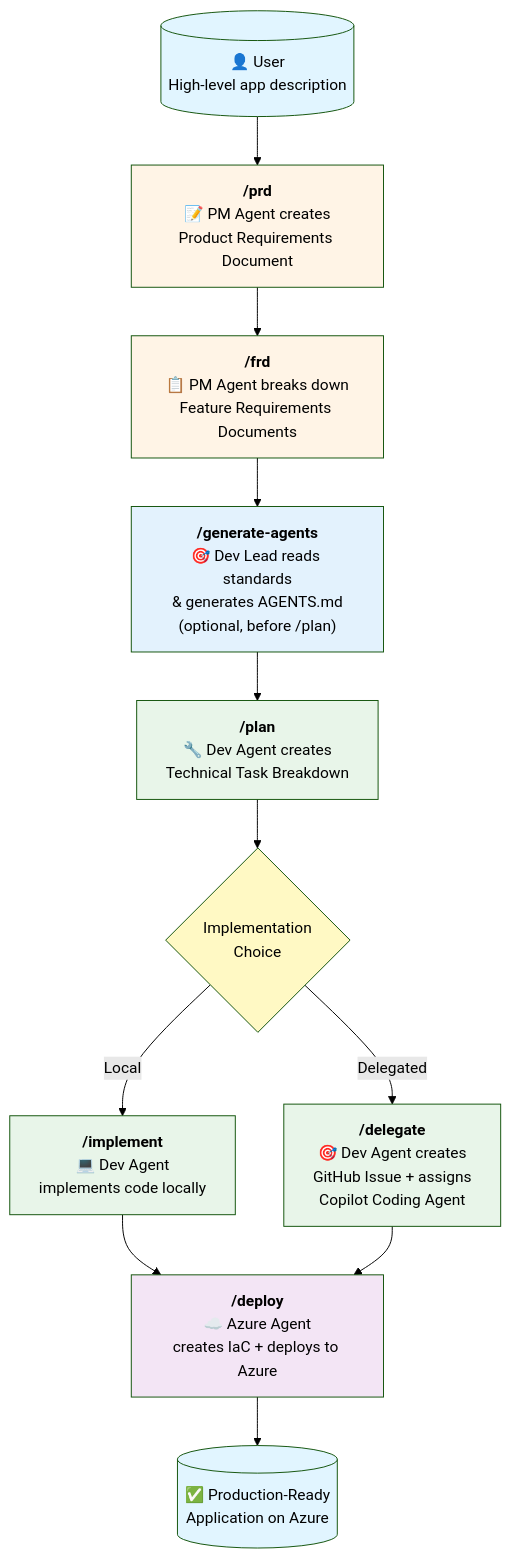
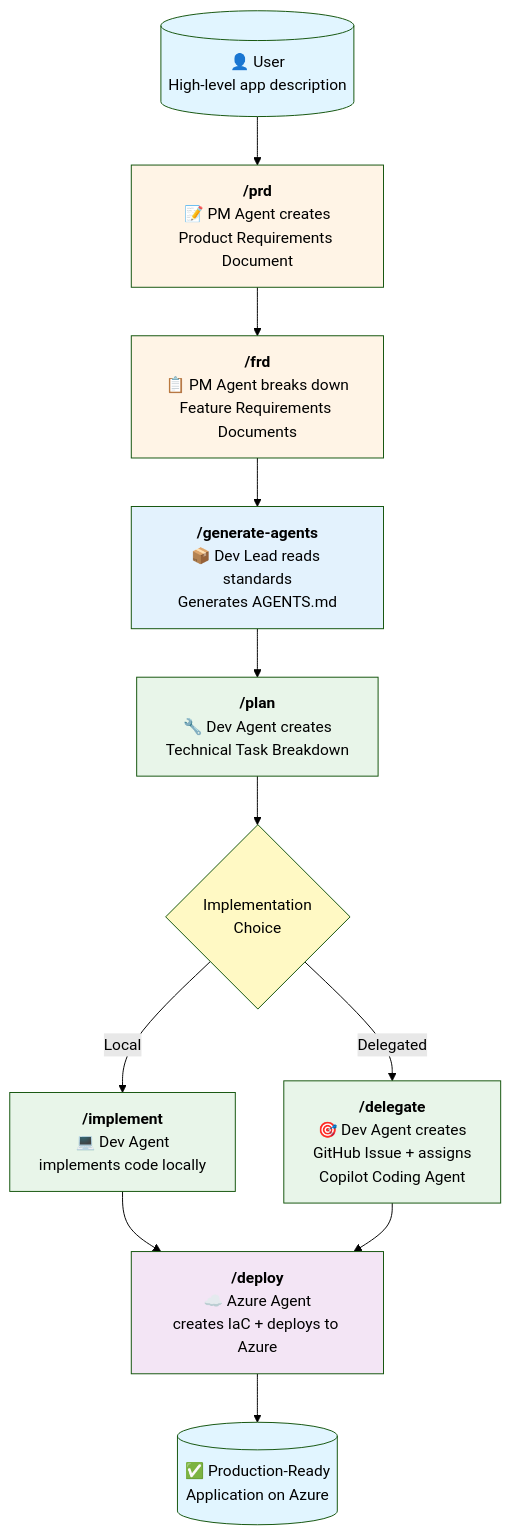
One commit to pascalvanderheiden/spec2cloud changed the diagram in README.md. Above: the diagram before and after it, drawn with Mermaid (forest theme). The commit also changed other lines of this file and 3 other files, not shown here.

````diff
--- a/README.md
+++ b/README.md
@@ -73,35 +73,35 @@
 ```mermaid
 graph TB
     Start[("👤 User<br/>High-level app description")]
     
     Start --> PRD["<b>/prd</b><br/>📝 PM Agent creates<br/>Product Requirements Document"]
     
     PRD --> FRD["<b>/frd</b><br/>📋 PM Agent breaks down<br/>Feature Requirements Documents"]
     
-    FRD --> GenAgents["<b>/generate-agents</b><br/>🎯 Dev Lead reads standards<br/>& generates AGENTS.md<br/>(optional, before /plan)"]
+    FRD --> GenAgents["<b>/generate-agents</b><br/>📦 Dev Lead reads standards<br/>Generates AGENTS.md"]
     
     GenAgents --> Plan["<b>/plan</b><br/>🔧 Dev Agent creates<br/>Technical Task Breakdown"]
     
     Plan --> Choice{"Implementation<br/>Choice"}
     
     Choice -->|Local| Implement["<b>/implement</b><br/>💻 Dev Agent<br/>implements code locally"]
     
     Choice -->|Delegated| Delegate["<b>/delegate</b><br/>🎯 Dev Agent creates<br/>GitHub Issue + assigns<br/>Copilot Coding Agent"]
     
     Implement --> Deploy["<b>/deploy</b><br/>☁️ Azure Agent<br/>creates IaC + deploys to Azure"]
     
     Delegate --> Deploy
     
     Deploy --> Done[("✅ Production-Ready<br/>Application on Azure")]
     
     style Start fill:#e1f5ff
     style PRD fill:#fff4e6
     style FRD fill:#fff4e6
     style GenAgents fill:#e3f2fd
     style Plan fill:#e8f5e9
     style Implement fill:#e8f5e9
     style Delegate fill:#e8f5e9
     style Deploy fill:#f3e5f5
     style Done fill:#e1f5ff
     style Choice fill:#fff9c4
 ```
````
